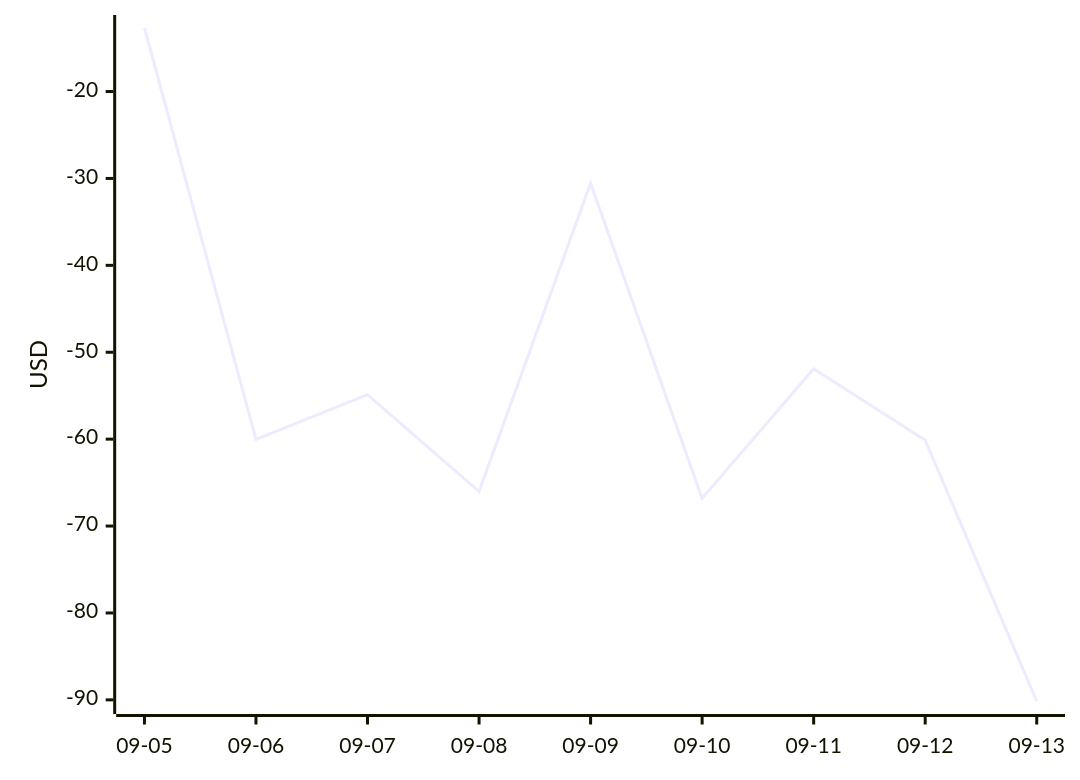
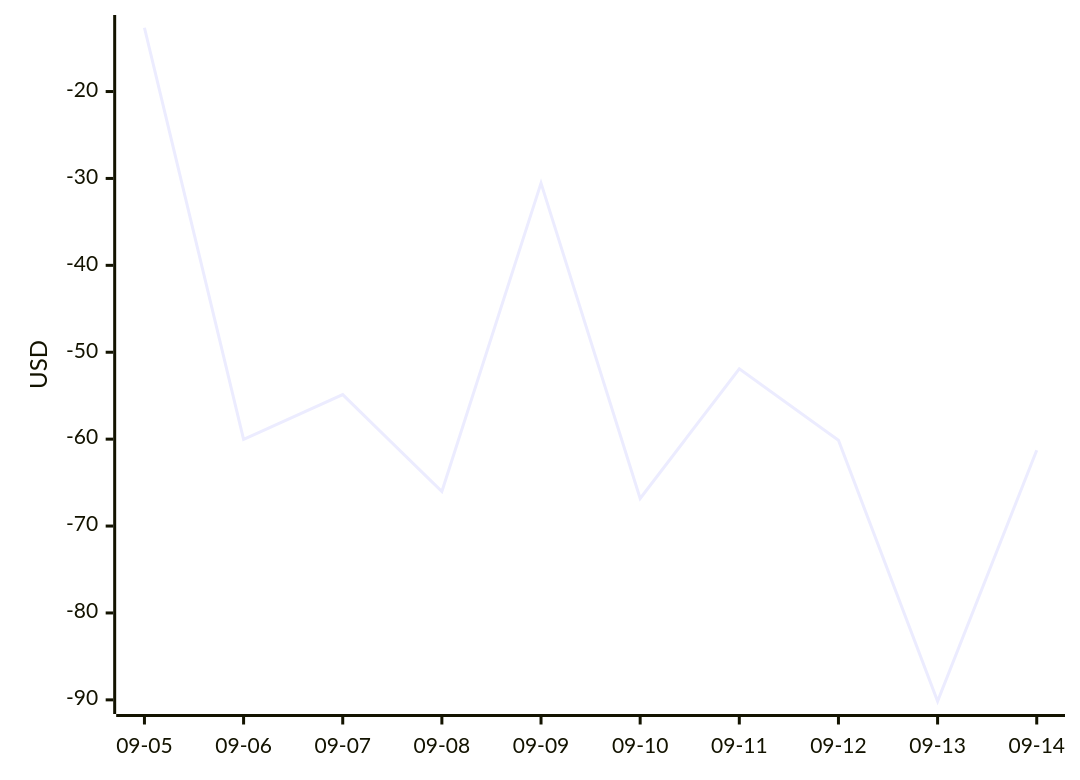
One commit to aryanvaid2108/prediction-trading changed the diagram in DASHBOARD.md. Above: the diagram before and after it, drawn with Mermaid. The commit also changed other lines of this file and 6 other files, not shown here.

````diff
--- a/DASHBOARD.md
+++ b/DASHBOARD.md
@@ -64,6 +64,6 @@
 ```mermaid
 xychart-beta
-  x-axis ["09-05", "09-06", "09-07", "09-08", "09-09", "09-10", "09-11", "09-12", "09-13"]
+  x-axis ["09-05", "09-06", "09-07", "09-08", "09-09", "09-10", "09-11", "09-12", "09-13", "09-14"]
   y-axis "USD"
-  line [-12.66, -60.03, -54.88, -66.03, -30.54, -66.82, -51.90, -60.13, -90.16]
+  line [-12.66, -60.03, -54.88, -66.03, -30.54, -66.82, -51.90, -60.13, -90.16, -61.28]
 ```
````
